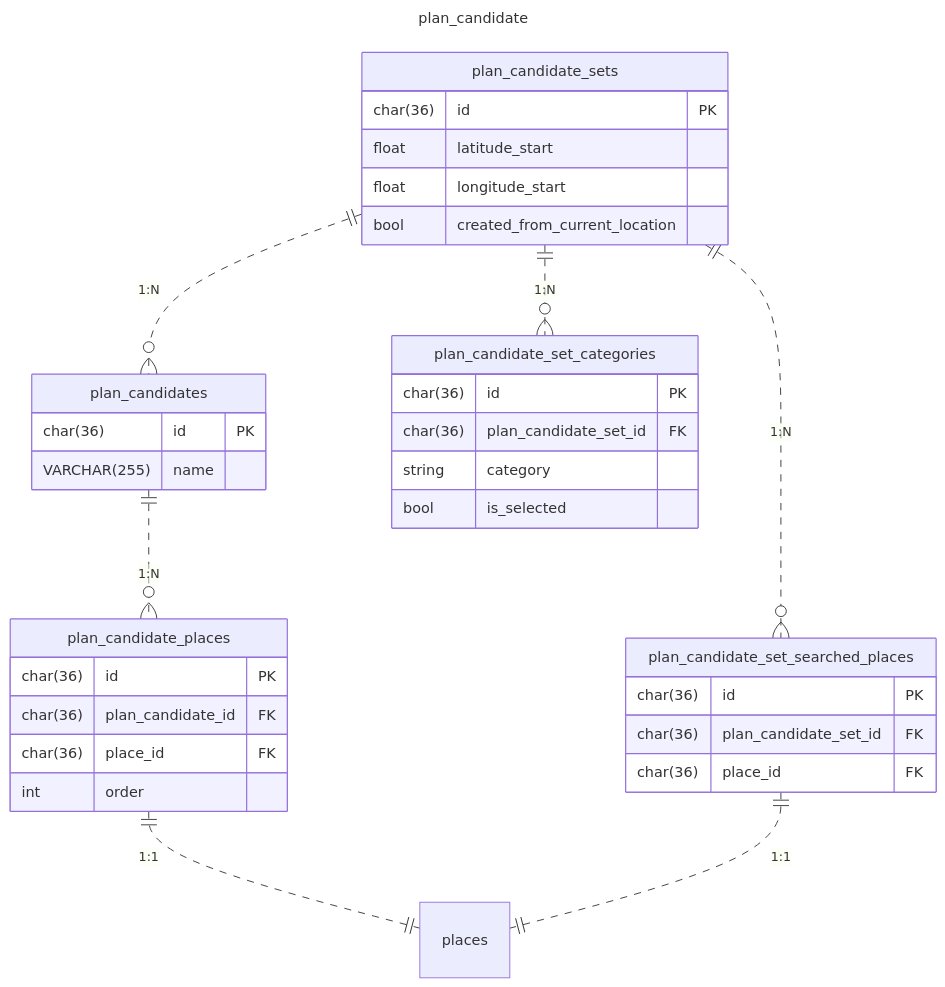
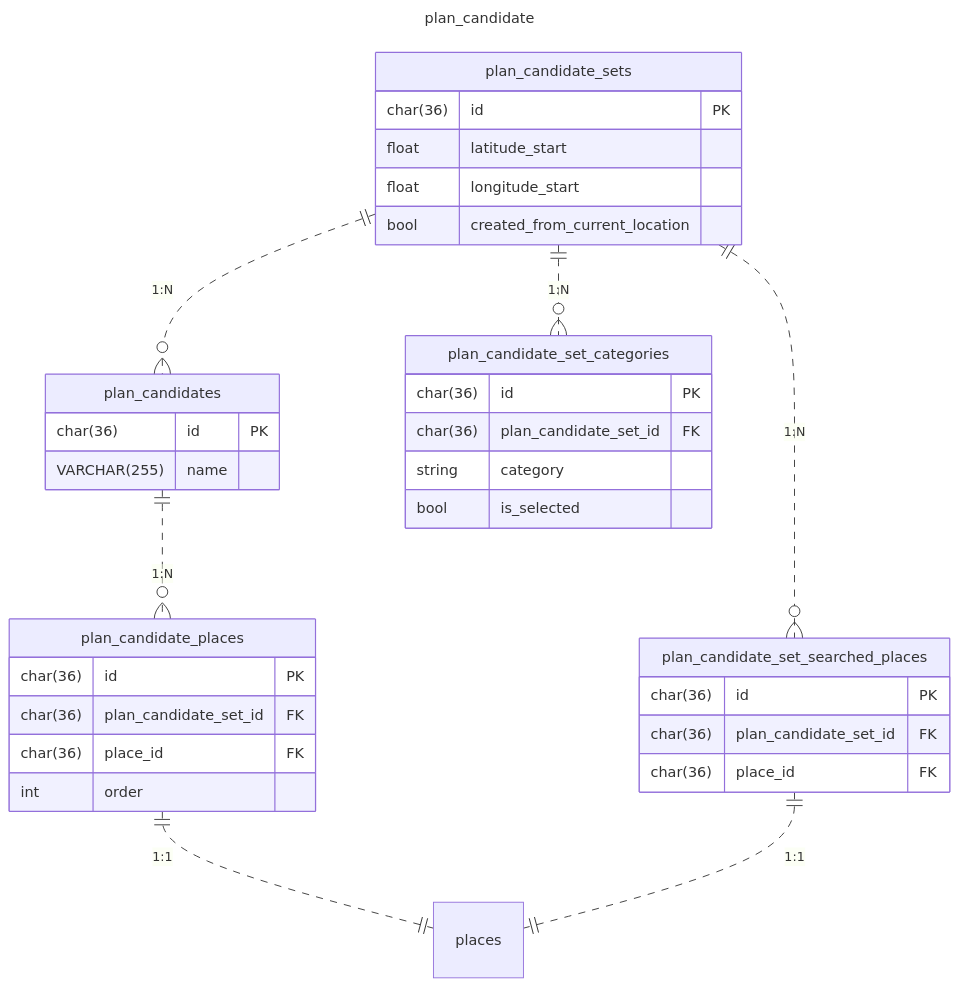
The third of 3 diagrams in doc/database/er.md (poroto-app/planner), drawn with Mermaid before and after one commit. The commit also changed 8 other files, not shown here.

Commit message:
fix(db): plan candidate setに対してRelationを張る

````diff
--- a/doc/database/er.md
+++ b/doc/database/er.md
@@ -108,44 +108,44 @@
 ```mermaid
 ---
 title: plan_candidate
 ---
 erDiagram
     plan_candidate_sets {
         char(36) id PK
         float latitude_start
         float longitude_start
         bool created_from_current_location
     }
 
     plan_candidates {
         char(36) id PK
         VARCHAR(255) name
     }
 
     plan_candidate_set_searched_places {
         char(36) id PK
         char(36) plan_candidate_set_id FK
         char(36) place_id FK
     }
 
     plan_candidate_places {
         char(36) id PK
-        char(36) plan_candidate_id FK
+        char(36) plan_candidate_set_id FK
         char(36) place_id FK
         int order
     }
 
     plan_candidate_set_categories {
         char(36) id PK
         char(36) plan_candidate_set_id FK
         string category
         bool is_selected
     }
 
     plan_candidate_sets ||..o{ plan_candidates: "1:N"
     plan_candidate_sets ||..o{ plan_candidate_set_categories: "1:N"
     plan_candidate_sets ||..o{ plan_candidate_set_searched_places: "1:N"
     plan_candidates ||..o{ plan_candidate_places: "1:N"
     plan_candidate_places ||..|| places: "1:1"
     plan_candidate_set_searched_places ||..|| places: "1:1"
 ```
````
